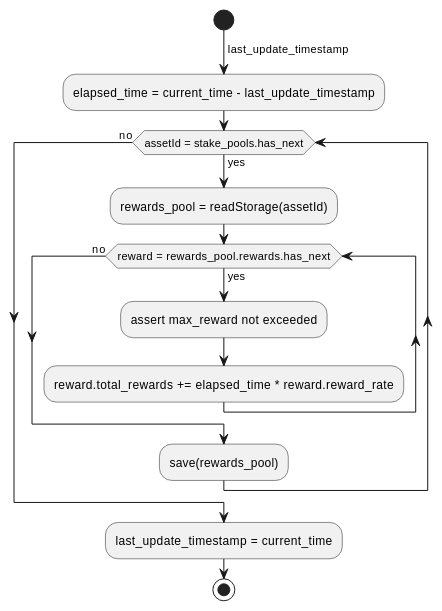
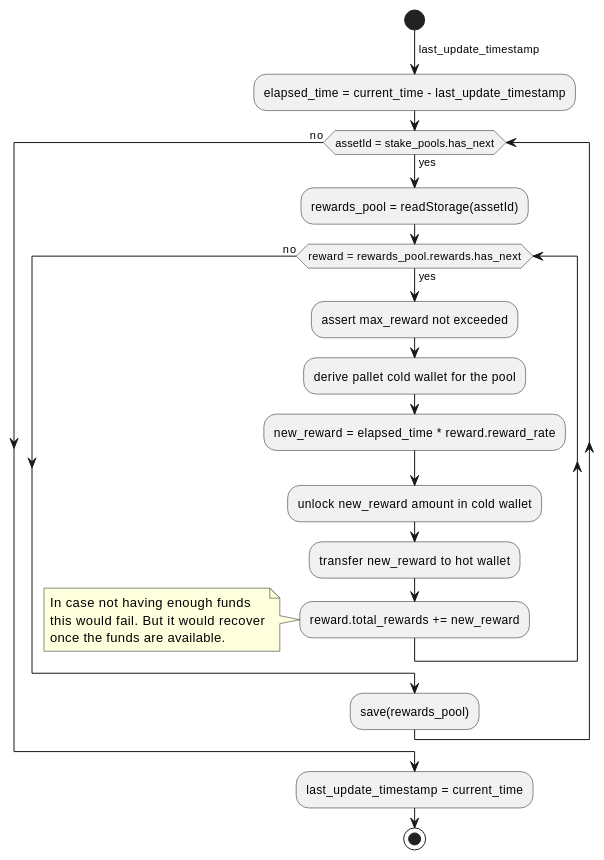
One commit to ComposableFi/composable changed the tenth of 10 diagrams in rfcs/0005-pablo-distribution-assets/0005-pablo-distribution.adoc. Above: the diagram before and after it, drawn with PlantUML. The commit also changed other lines of this file, not shown here.

Commit message:
Reward pool governance design- ideas

```diff
--- a/rfcs/0005-pablo-distribution-assets/0005-pablo-distribution.adoc
+++ b/rfcs/0005-pablo-distribution-assets/0005-pablo-distribution.adoc
@@ -526,16 +552,25 @@
 [plantuml,images/staking-rewards-reward-accumulation-hook,png]
 ----
 start
 ->last_update_timestamp;
 :elapsed_time = current_time - last_update_timestamp;
 while (assetId = stake_pools.has_next) is (yes)
     :rewards_pool = readStorage(assetId);
     while (reward = rewards_pool.rewards.has_next) is (yes)
         :assert max_reward not exceeded;
-        :reward.total_rewards += elapsed_time * reward.reward_rate;
+        :derive pallet cold wallet for the pool;
+        :new_reward = elapsed_time * reward.reward_rate;
+        :unlock new_reward amount in cold wallet;
+        :transfer new_reward to hot wallet;
+        :reward.total_rewards += new_reward;
+        note left
+            In case not having enough funds
+            this would fail. But it would recover
+            once the funds are available.
+        endnote
     endwhile (no)
     :save(rewards_pool);
 endwhile (no)
 :last_update_timestamp = current_time;
 stop
 ----
```
